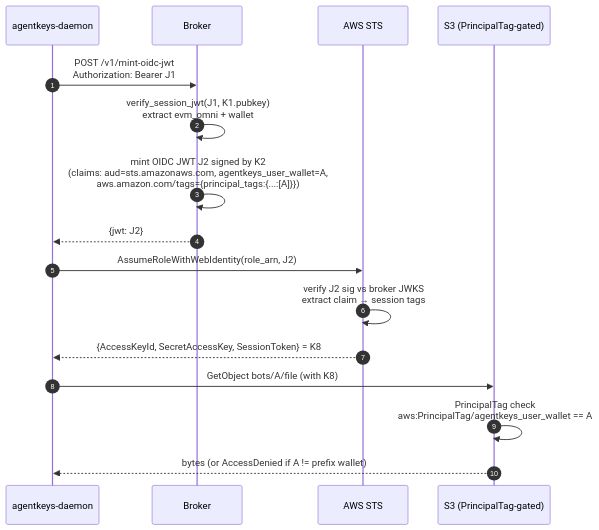
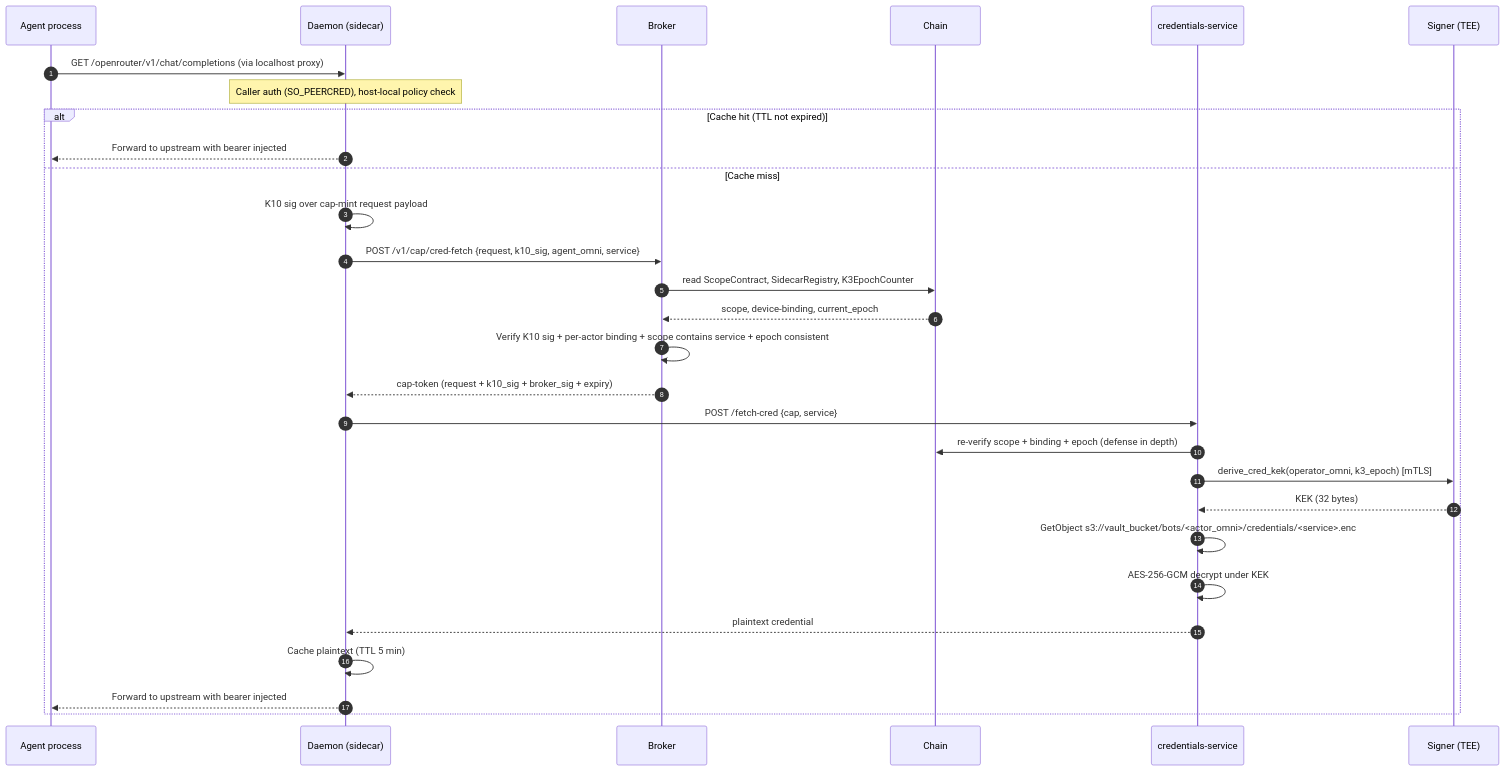
Before and after one commit to litentry/agent-terrier: the fifth of 6 diagrams in docs/spec/architecture.md, drawn with Mermaid. The commit also changed other lines of this file and 61 other files, not shown here.

First line of the commit message:
v2 stage 1 — sovereign sidecar + on-chain identity + credentials-service worker (#89) (#87)

````diff
--- a/docs/spec/architecture.md
+++ b/docs/spec/architecture.md
@@ -531,19 +679,32 @@
 ```mermaid
 sequenceDiagram
   autonumber
-  participant Dmn as agentkeys-daemon
+  participant Agent as Agent process
+  participant Dmn as Daemon (sidecar)
   participant Brk as Broker
-  participant STS as AWS STS
-  participant S3 as S3 (PrincipalTag-gated)
+  participant Chain as Chain
+  participant Worker as credentials-service
+  participant Sig as Signer (TEE)
 
-  Dmn->>Brk: POST /v1/mint-oidc-jwt<br/>Authorization: Bearer J1
-  Brk->>Brk: verify_session_jwt(J1, K1.pubkey)<br/>extract evm_omni + wallet
-  Brk->>Brk: mint OIDC JWT J2 signed by K2<br/>(claims: aud=sts.amazonaws.com, agentkeys_user_wallet=A,<br/>aws.amazon.com/tags={principal_tags:{...:[A]}})
-  Brk-->>Dmn: {jwt: J2}
-  Dmn->>STS: AssumeRoleWithWebIdentity(role_arn, J2)
-  STS->>STS: verify J2 sig vs broker JWKS<br/>extract claim → session tags
-  STS-->>Dmn: {AccessKeyId, SecretAccessKey, SessionToken} = K8
-  Dmn->>S3: GetObject bots/A/file (with K8)
-  S3->>S3: PrincipalTag check<br/>aws:PrincipalTag/agentkeys_user_wallet == A
-  S3-->>Dmn: bytes (or AccessDenied if A != prefix wallet)
+  Agent->>Dmn: GET /openrouter/v1/chat/completions (via localhost proxy)
+  Note over Dmn: Caller auth (SO_PEERCRED), host-local policy check
+  alt Cache hit (TTL not expired)
+    Dmn-->>Agent: Forward to upstream with bearer injected
+  else Cache miss
+    Dmn->>Dmn: K10 sig over cap-mint request payload
+    Dmn->>Brk: POST /v1/cap/cred-fetch {request, k10_sig, agent_omni, service}
+    Brk->>Chain: read ScopeContract, SidecarRegistry, K3EpochCounter
+    Chain-->>Brk: scope, device-binding, current_epoch
+    Brk->>Brk: Verify K10 sig + per-actor binding + scope contains service + epoch consistent
+    Brk-->>Dmn: cap-token (request + k10_sig + broker_sig + expiry)
+    Dmn->>Worker: POST /fetch-cred {cap, service}
+    Worker->>Chain: re-verify scope + binding + epoch (defense in depth)
+    Worker->>Sig: derive_cred_kek(operator_omni, k3_epoch) [mTLS]
+    Sig-->>Worker: KEK (32 bytes)
+    Worker->>Worker: GetObject s3://vault_bucket/bots/<actor_omni>/credentials/<service>.enc
+    Worker->>Worker: AES-256-GCM decrypt under KEK
+    Worker-->>Dmn: plaintext credential
+    Dmn->>Dmn: Cache plaintext (TTL 5 min)
+    Dmn-->>Agent: Forward to upstream with bearer injected
+  end
 ```
````
